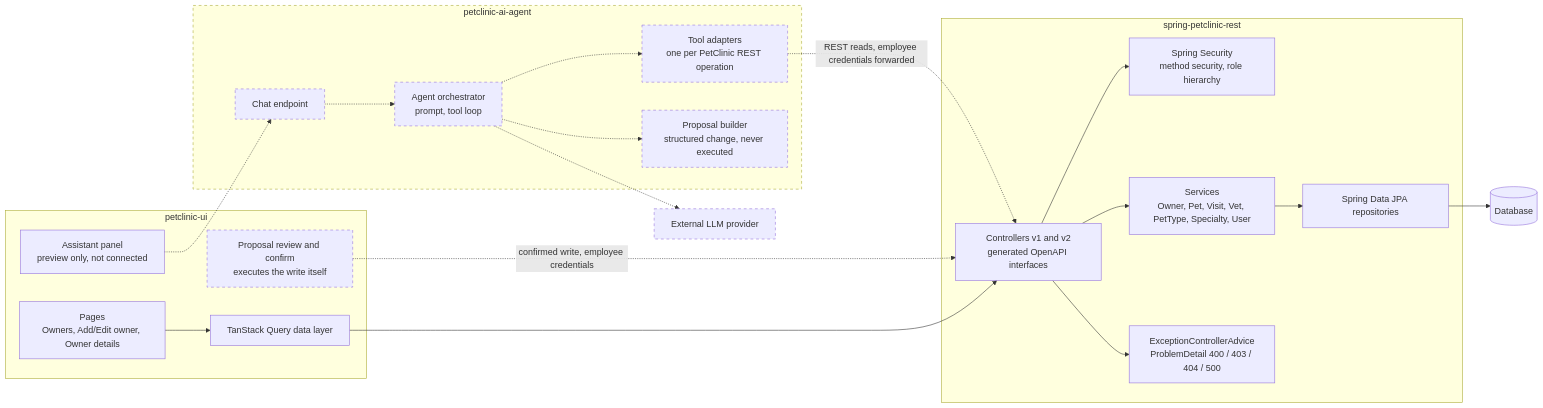
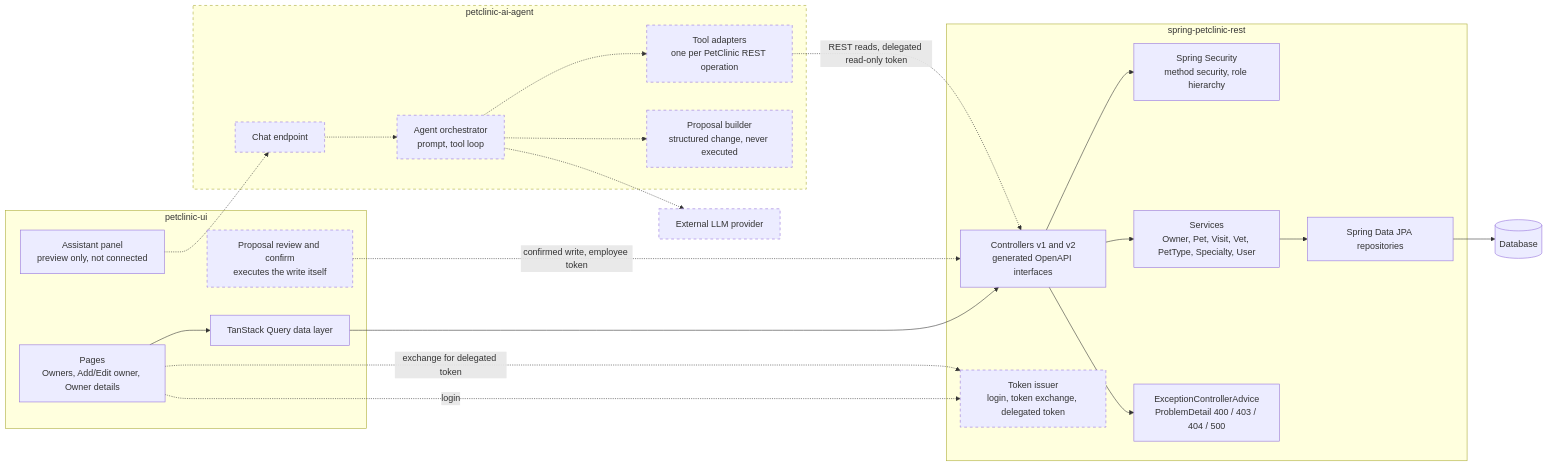
Before and after one commit to vinceo8691-prog/petclinic-ai-platform: the first of 2 diagrams in docs/architecture/uml/02-components.md, drawn with Mermaid. The commit also changed 15 other files, not shown here.

````diff
--- a/docs/architecture/uml/02-components.md
+++ b/docs/architecture/uml/02-components.md
@@ -7,42 +7,45 @@
 ```mermaid
 flowchart LR
     subgraph ui["petclinic-ui"]
         pages["Pages<br/>Owners, Add/Edit owner, Owner details"]
         query["TanStack Query data layer"]
         panel["Assistant panel<br/>preview only, not connected"]
         confirm["Proposal review and confirm<br/>executes the write itself"]
     end
 
     subgraph api["spring-petclinic-rest"]
         controllers["Controllers v1 and v2<br/>generated OpenAPI interfaces"]
         sec["Spring Security<br/>method security, role hierarchy"]
         services["Services<br/>Owner, Pet, Visit, Vet, PetType, Specialty, User"]
         repos["Spring Data JPA repositories"]
         advice["ExceptionControllerAdvice<br/>ProblemDetail 400 / 403 / 404 / 500"]
+        issuer["Token issuer<br/>login, token exchange, delegated token"]
     end
 
     subgraph agent["petclinic-ai-agent"]
         chat["Chat endpoint"]
         orchestrator["Agent orchestrator<br/>prompt, tool loop"]
         tools["Tool adapters<br/>one per PetClinic REST operation"]
         proposals["Proposal builder<br/>structured change, never executed"]
     end
 
     db[("Database")]
     llm["External LLM provider"]
 
     pages --> query --> controllers
     panel -.-> chat
-    confirm -.->|"confirmed write, employee credentials"| controllers
+    confirm -.->|"confirmed write, employee token"| controllers
+    pages -.->|"login"| issuer
+    pages -.->|"exchange for delegated token"| issuer
     controllers --> sec
     controllers --> services --> repos --> db
     controllers --> advice
     chat -.-> orchestrator
     orchestrator -.-> llm
     orchestrator -.-> tools
     orchestrator -.-> proposals
-    tools -.->|"REST reads, employee credentials forwarded"| controllers
+    tools -.->|"REST reads, delegated read-only token"| controllers
 
     classDef target stroke-dasharray: 5 5
-    class agent,chat,orchestrator,tools,proposals,confirm,llm target
+    class agent,chat,orchestrator,tools,proposals,confirm,llm,issuer target
 ```
````
